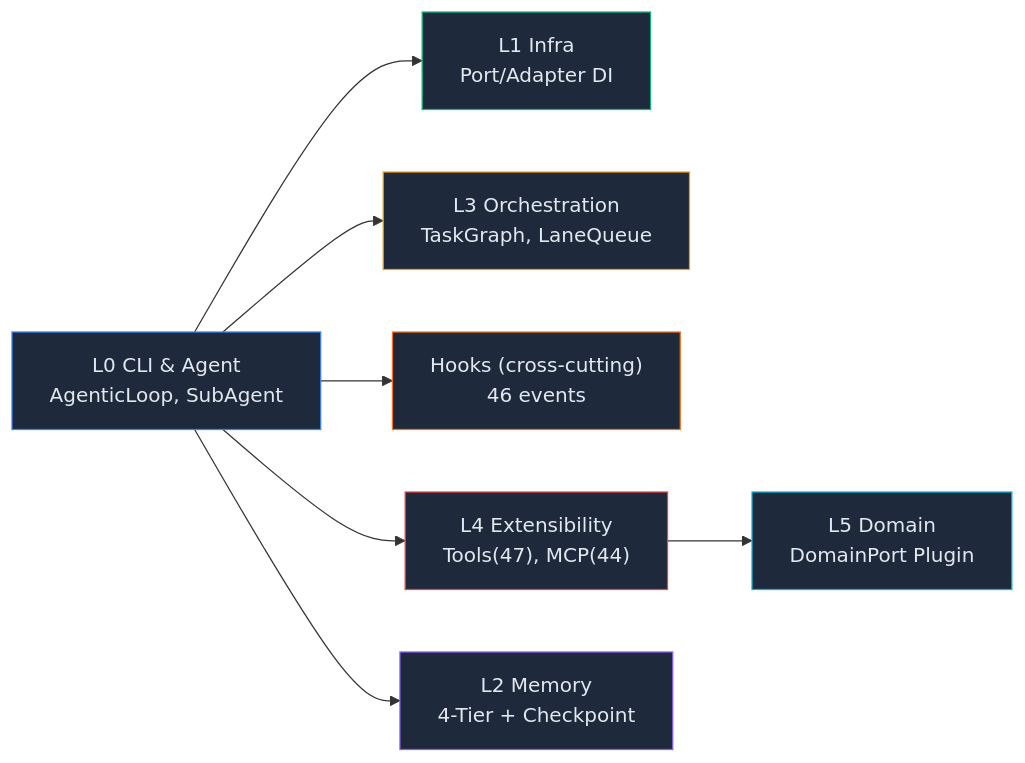
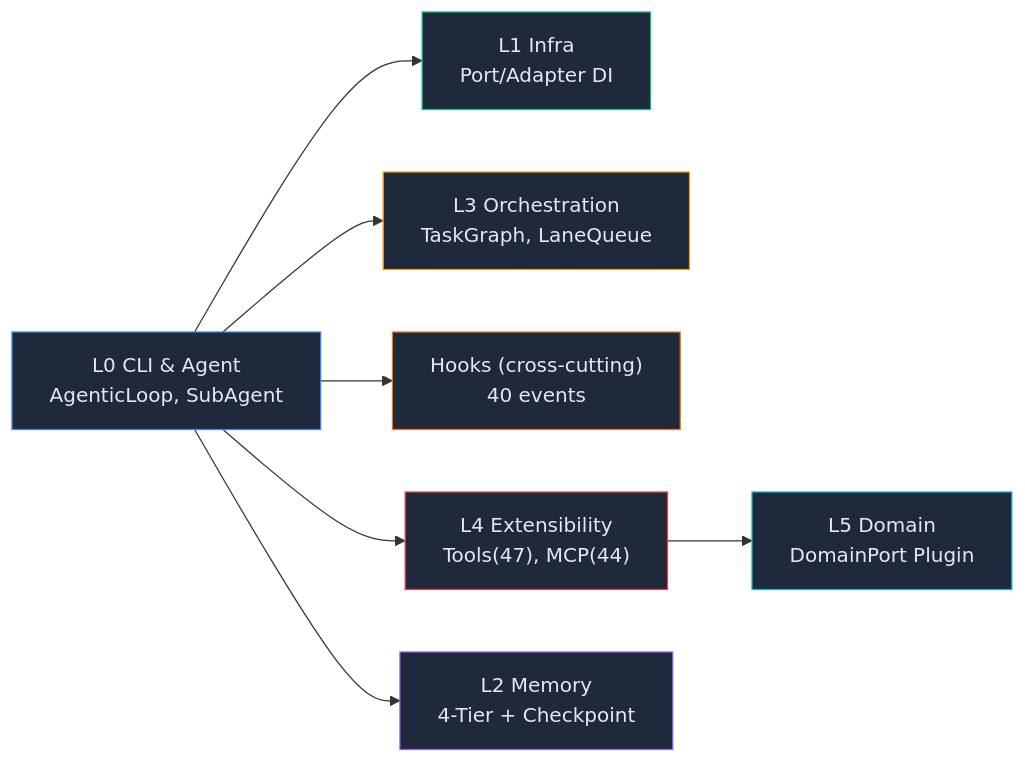
One commit to mangowhoiscloud/geode changed the second of 2 diagrams in README.md. Above: the diagram before and after it, drawn with Mermaid. The commit also changed 11 other files, not shown here.

````diff
--- a/README.md
+++ b/README.md
@@ -152,17 +152,17 @@
 ```mermaid
 graph LR
     L0["L0 CLI & Agent<br/>AgenticLoop, SubAgent"] --> L1["L1 Infra<br/>Port/Adapter DI"]
     L0 --> L3["L3 Orchestration<br/>TaskGraph, LaneQueue"]
-    L0 --> HK["Hooks (cross-cutting)<br/>46 events"]
+    L0 --> HK["Hooks (cross-cutting)<br/>40 events"]
     L0 --> L4["L4 Extensibility<br/>Tools(47), MCP(44)"]
     L4 --> L5["L5 Domain<br/>DomainPort Plugin"]
     L0 --> L2["L2 Memory<br/>4-Tier + Checkpoint"]
 
     style L0 fill:#1e293b,stroke:#3b82f6,color:#e2e8f0
     style L1 fill:#1e293b,stroke:#10b981,color:#e2e8f0
     style L2 fill:#1e293b,stroke:#8b5cf6,color:#e2e8f0
     style L3 fill:#1e293b,stroke:#f59e0b,color:#e2e8f0
     style HK fill:#1e293b,stroke:#f97316,color:#e2e8f0
     style L4 fill:#1e293b,stroke:#ef4444,color:#e2e8f0
     style L5 fill:#1e293b,stroke:#06b6d4,color:#e2e8f0
 ```
````
